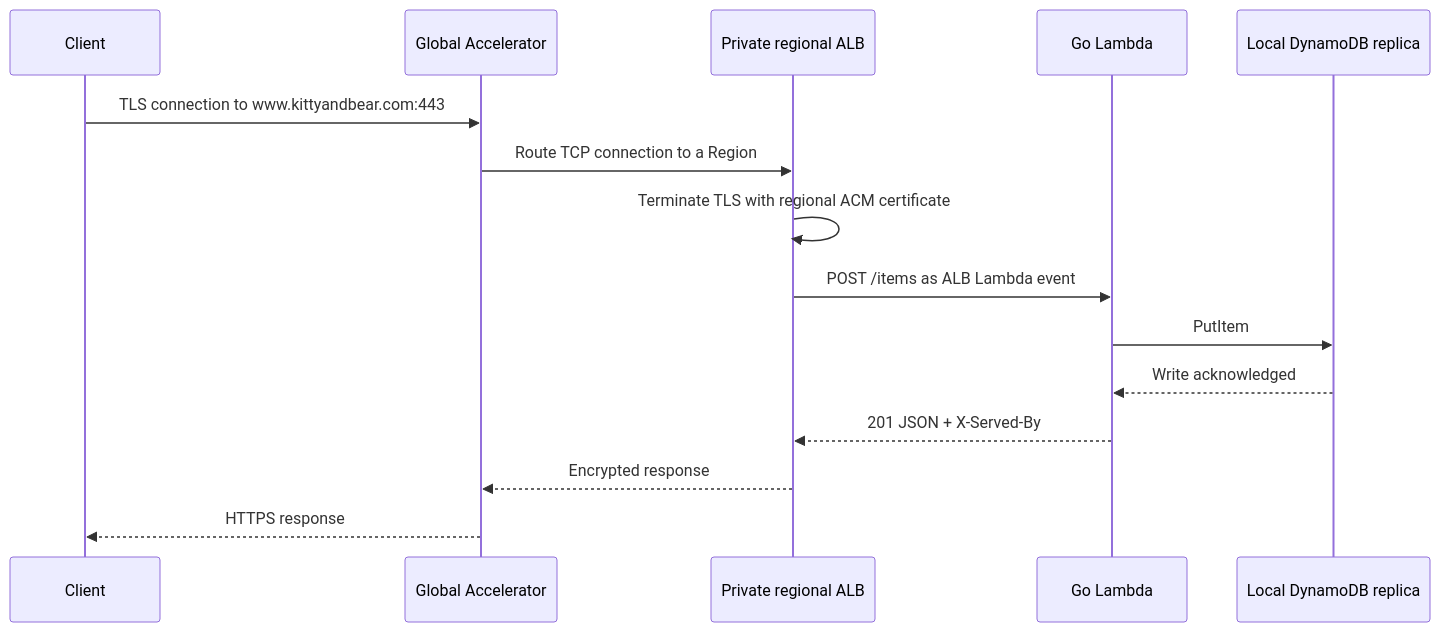
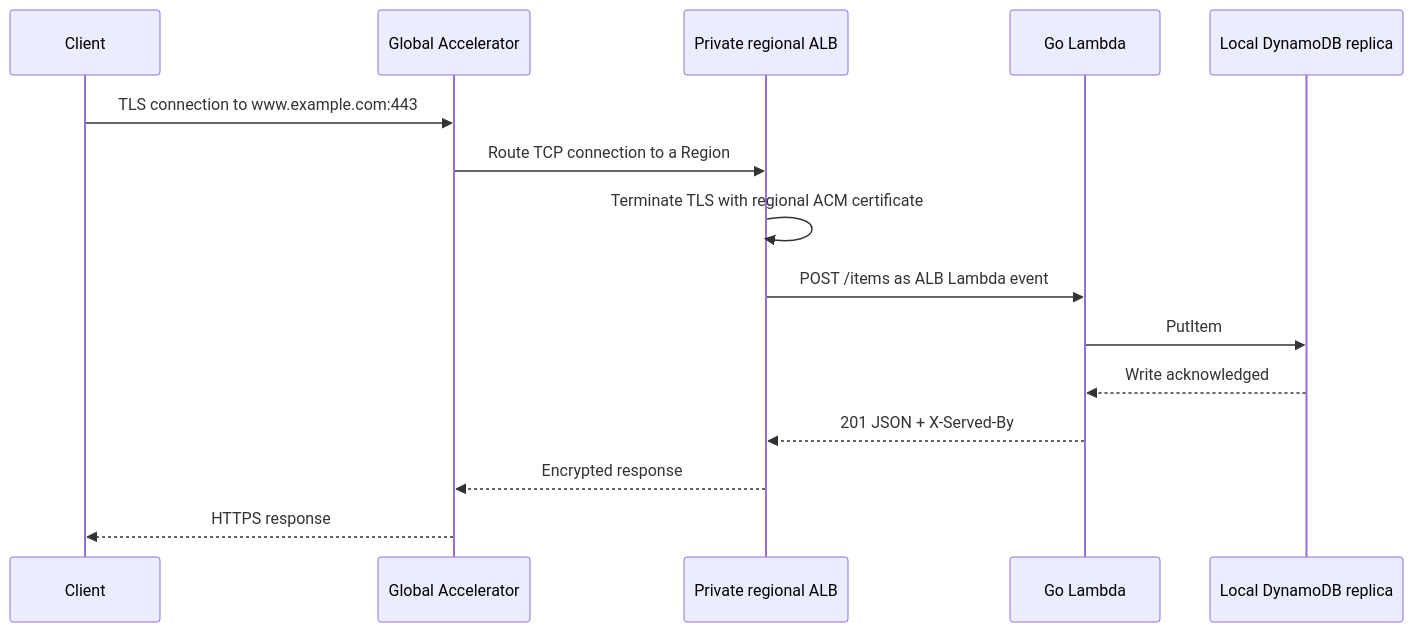
One commit to johnpfeiffer/multiregion changed the second of 3 diagrams in architecture.md. Above: the diagram before and after it, drawn with Mermaid. The commit also changed other lines of this file and 1 other file, not shown here.

````diff
--- a/architecture.md
+++ b/architecture.md
@@ -32,18 +32,18 @@
 ```mermaid
 sequenceDiagram
     participant C as Client
     participant G as Global Accelerator
     participant A as Private regional ALB
     participant L as Go Lambda
     participant D as Local DynamoDB replica
 
-    C->>G: TLS connection to www.kittyandbear.com:443
+    C->>G: TLS connection to www.example.com:443
     G->>A: Route TCP connection to a Region
     A->>A: Terminate TLS with regional ACM certificate
     A->>L: POST /items as ALB Lambda event
     L->>D: PutItem
     D-->>L: Write acknowledged
     L-->>A: 201 JSON + X-Served-By
     A-->>G: Encrypted response
     G-->>C: HTTPS response
 ```
````
